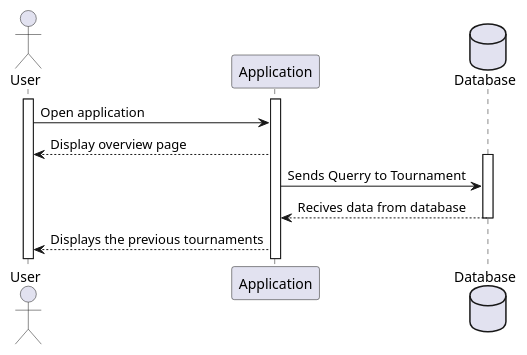
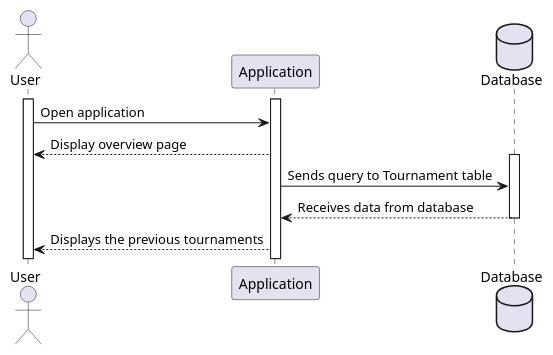
One commit to itzMesh/DCST1008-Prosjekt changed the diagram in ProjektUML/SequencediagramUserAppData/sequence_diagram_open.wsd. Above: the diagram before and after it, drawn with PlantUML. The commit also changed 15 other files, not shown here.

```diff
--- a/ProjektUML/SequencediagramUserAppData/sequence_diagram_open.wsd
+++ b/ProjektUML/SequencediagramUserAppData/sequence_diagram_open.wsd
@@ -1,23 +1,23 @@
 @startuml SequenceOpen 
 
 actor User as U
 participant Application as A
 database Database as D
 
 activate U
 activate A
 
 U->A: Open application
 A-->U:Display overview page
 activate D
-A->D: Sends Querry to Tournament
-D-->A: Recives data from database
+A->D: Sends query to Tournament table
+D-->A: Receives data from database
 deactivate D
 A-->U: Displays the previous tournaments
 
 
 
 
 
 
 @endumel
```
